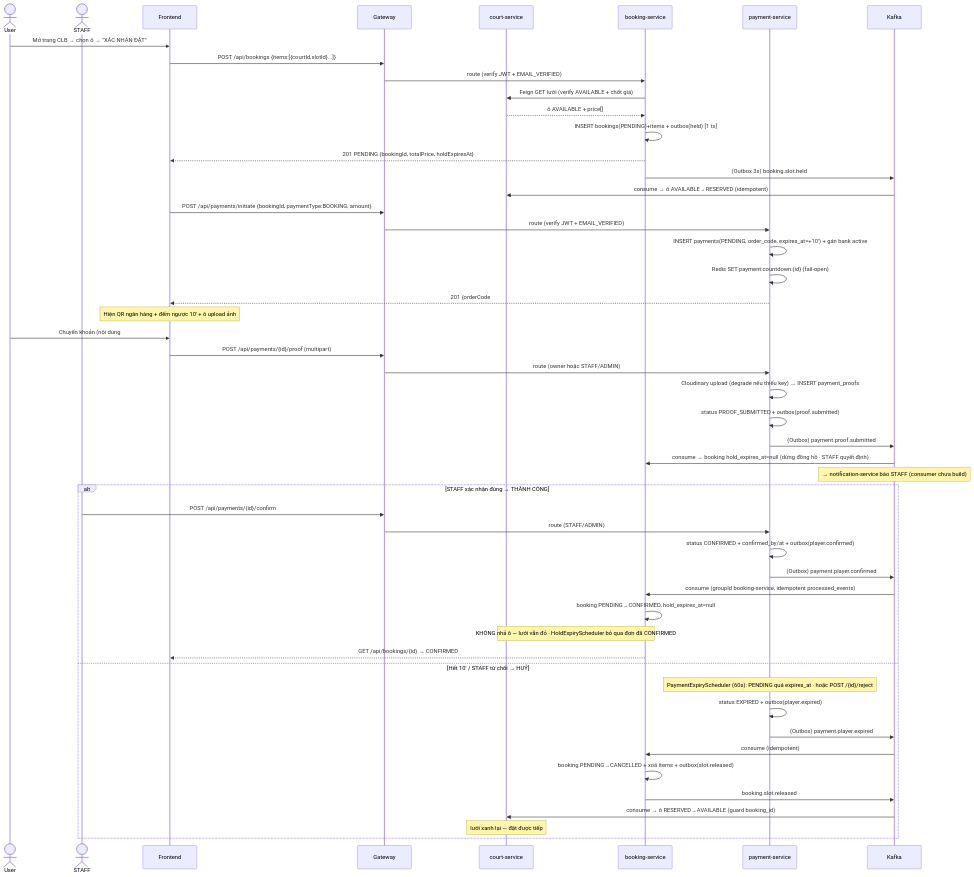
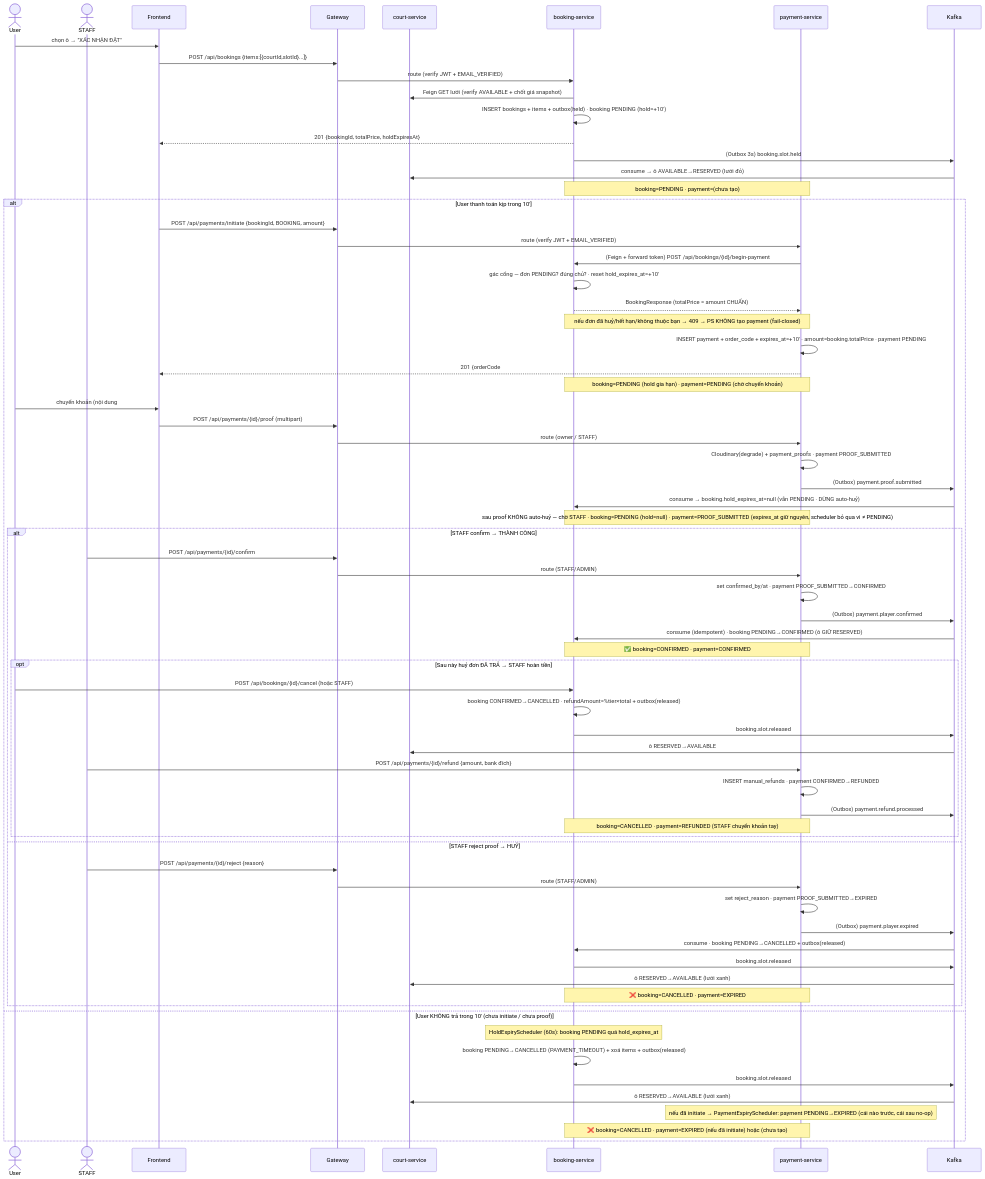
One commit to phucgigital03/BadmintonHub changed the second of 2 diagrams in UC_Visual_Day_Booking.md. Above: the diagram before and after it, drawn with Mermaid. The commit also changed other lines of this file and 7 other files, not shown here.

First line of the commit message:
feat(payment-service): validate booking via Feign on initiate (fail-closed, authoritative amount)

````diff
--- a/UC_Visual_Day_Booking.md
+++ b/UC_Visual_Day_Booking.md
@@ -204,60 +203,77 @@
 ```mermaid
 sequenceDiagram
     actor U as User
     actor S as STAFF
     participant FE as Frontend
     participant GW as Gateway
     participant CS as court-service
     participant BS as booking-service
     participant PS as payment-service
     participant K as Kafka
 
-    %% --- Browse + Create + Hold (tóm tắt mục 13) ---
-    U->>FE: Mở trang CLB → chọn ô → "XÁC NHẬN ĐẶT"
+    %% ===== Tạo đơn + giữ ô (tóm tắt mục 13) =====
+    U->>FE: chọn ô → "XÁC NHẬN ĐẶT"
     FE->>GW: POST /api/bookings {items:[{courtId,slotId}...]}
     GW->>BS: route (verify JWT + EMAIL_VERIFIED)
-    BS->>CS: Feign GET lưới (verify AVAILABLE + chốt giá)
-    CS-->>BS: ô AVAILABLE + price[]
-    BS->>BS: INSERT bookings(PENDING)+items + outbox(held) [1 tx]
-    BS-->>FE: 201 PENDING {bookingId, totalPrice, holdExpiresAt}
+    BS->>CS: Feign GET lưới (verify AVAILABLE + chốt giá snapshot)
+    BS->>BS: INSERT bookings + items + outbox(held) · booking PENDING (hold=+10')
+    BS-->>FE: 201 {bookingId, totalPrice, holdExpiresAt}
     BS->>K: (Outbox 3s) booking.slot.held
-    K->>CS: consume → ô AVAILABLE→RESERVED (idempotent)
+    K->>CS: consume → ô AVAILABLE→RESERVED (lưới đỏ)
+    Note over BS,PS: booking=PENDING · payment=(chưa tạo)
 
-    %% --- Initiate payment (Bank QR) ---
-    FE->>GW: POST /api/payments/initiate {bookingId, paymentType:BOOKING, amount}
-    GW->>PS: route (verify JWT + EMAIL_VERIFIED)
-    PS->>PS: INSERT payments(PENDING, order_code, expires_at=+10') + gán bank active
-    PS->>PS: Redis SET payment:countdown:{id} (fail-open)
-    PS-->>FE: 201 {orderCode #184, bankName/accountNumber/qrImageUrl, amount, expiresAt}
-    Note over FE: Hiện QR ngân hàng + đếm ngược 10' + ô upload ảnh
+    alt User thanh toán kịp trong 10'
+        FE->>GW: POST /api/payments/initiate {bookingId, BOOKING, amount}
+        GW->>PS: route (verify JWT + EMAIL_VERIFIED)
+        PS->>BS: (Feign + forward token) POST /api/bookings/{id}/begin-payment
+        BS->>BS: gác cổng — đơn PENDING? đúng chủ? · reset hold_expires_at=+10'
+        BS-->>PS: BookingResponse (totalPrice = amount CHUẨN)
+        Note over PS,BS: nếu đơn đã huỷ/hết hạn/không thuộc bạn → 409 → PS KHÔNG tạo payment (fail-closed)
+        PS->>PS: INSERT payment + order_code + expires_at=+10' · amount=booking.totalPrice · payment PENDING
+        PS-->>FE: 201 {orderCode #184, bank+QR, amount, expiresAt}
+        Note over BS,PS: booking=PENDING (hold gia hạn) · payment=PENDING (chờ chuyển khoản)
 
-    %% --- Upload proof ---
-    U->>FE: Chuyển khoản (nội dung #184) → upload ảnh sao kê
-    FE->>GW: POST /api/payments/{id}/proof (multipart)
-    GW->>PS: route (owner hoặc STAFF/ADMIN)
-    PS->>PS: Cloudinary upload (degrade nếu thiếu key) → INSERT payment_proofs
-    PS->>PS: status PROOF_SUBMITTED + outbox(proof.submitted)
-    PS->>K: (Outbox) payment.proof.submitted
-    K->>BS: consume → booking hold_expires_at=null (dừng đồng hồ · STAFF quyết định)
-    Note over K: → notification-service báo STAFF (consumer chưa build)
+        U->>FE: chuyển khoản (nội dung #184) → upload ảnh
+        FE->>GW: POST /api/payments/{id}/proof (multipart)
+        GW->>PS: route (owner / STAFF)
+        PS->>PS: Cloudinary(degrade) + payment_proofs · payment PROOF_SUBMITTED
+        PS->>K: (Outbox) payment.proof.submitted
+        K->>BS: consume → booking.hold_expires_at=null (vẫn PENDING · DỪNG auto-huỷ)
+        Note over BS,PS: sau proof KHÔNG auto-huỷ — chờ STAFF · booking=PENDING (hold=null) · payment=PROOF_SUBMITTED (expires_at giữ nguyên, scheduler bỏ qua vì ≠ PENDING)
 
-    alt STAFF xác nhận đúng → THÀNH CÔNG
-        S->>GW: POST /api/payments/{id}/confirm
-        GW->>PS: route (STAFF/ADMIN)
-        PS->>PS: status CONFIRMED + confirmed_by/at + outbox(player.confirmed)
-        PS->>K: (Outbox) payment.player.confirmed
-        K->>BS: consume (groupId booking-service, idempotent processed_events)
-        BS->>BS: booking PENDING→CONFIRMED, hold_expires_at=null
-        Note over BS,CS: KHÔNG nhả ô — lưới vẫn đỏ · HoldExpiryScheduler bỏ qua đơn đã CONFIRMED
-        BS-->>FE: GET /api/bookings/{id} → CONFIRMED
-    else Hết 10' / STAFF từ chối → HUỶ
-        Note over PS: PaymentExpiryScheduler (60s): PENDING quá expires_at  ·  hoặc POST /{id}/reject
-        PS->>PS: status EXPIRED + outbox(player.expired)
-        PS->>K: (Outbox) payment.player.expired
-        K->>BS: consume (idempotent)
-        BS->>BS: booking PENDING→CANCELLED + xoá items + outbox(slot.released)
+        alt STAFF confirm → THÀNH CÔNG
+            S->>GW: POST /api/payments/{id}/confirm
+            GW->>PS: route (STAFF/ADMIN)
+            PS->>PS: set confirmed_by/at · payment PROOF_SUBMITTED→CONFIRMED
+            PS->>K: (Outbox) payment.player.confirmed
+            K->>BS: consume (idempotent) · booking PENDING→CONFIRMED (ô GIỮ RESERVED)
+            Note over BS,PS: ✅ booking=CONFIRMED · payment=CONFIRMED
+            opt Sau này huỷ đơn ĐÃ TRẢ → STAFF hoàn tiền
+                U->>BS: POST /api/bookings/{id}/cancel (hoặc STAFF)
+                BS->>BS: booking CONFIRMED→CANCELLED · refundAmount=%tier×total + outbox(released)
+                BS->>K: booking.slot.released
+                K->>CS: ô RESERVED→AVAILABLE
+                S->>PS: POST /api/payments/{id}/refund {amount, bank đích}
+                PS->>PS: INSERT manual_refunds · payment CONFIRMED→REFUNDED
+                PS->>K: (Outbox) payment.refund.processed
+                Note over BS,PS: booking=CANCELLED · payment=REFUNDED (STAFF chuyển khoản tay)
+            end
+        else STAFF reject proof → HUỶ
+            S->>GW: POST /api/payments/{id}/reject {reason}
+            GW->>PS: route (STAFF/ADMIN)
+            PS->>PS: set reject_reason · payment PROOF_SUBMITTED→EXPIRED
+            PS->>K: (Outbox) payment.player.expired
+            K->>BS: consume · booking PENDING→CANCELLED + outbox(released)
+            BS->>K: booking.slot.released
+            K->>CS: ô RESERVED→AVAILABLE (lưới xanh)
+            Note over BS,PS: ❌ booking=CANCELLED · payment=EXPIRED
+        end
+    else User KHÔNG trả trong 10' (chưa initiate / chưa proof)
+        Note over BS: HoldExpiryScheduler (60s): booking PENDING quá hold_expires_at
+        BS->>BS: booking PENDING→CANCELLED (PAYMENT_TIMEOUT) + xoá items + outbox(released)
         BS->>K: booking.slot.released
-        K->>CS: consume → ô RESERVED→AVAILABLE (guard booking_id)
-        Note over CS: lưới xanh lại — đặt được tiếp
+        K->>CS: ô RESERVED→AVAILABLE (lưới xanh)
+        Note over PS: nếu đã initiate → PaymentExpiryScheduler: payment PENDING→EXPIRED (cái nào trước, cái sau no-op)
+        Note over BS,PS: ❌ booking=CANCELLED · payment=EXPIRED (nếu đã initiate) hoặc (chưa tạo)
     end
 ```
````
